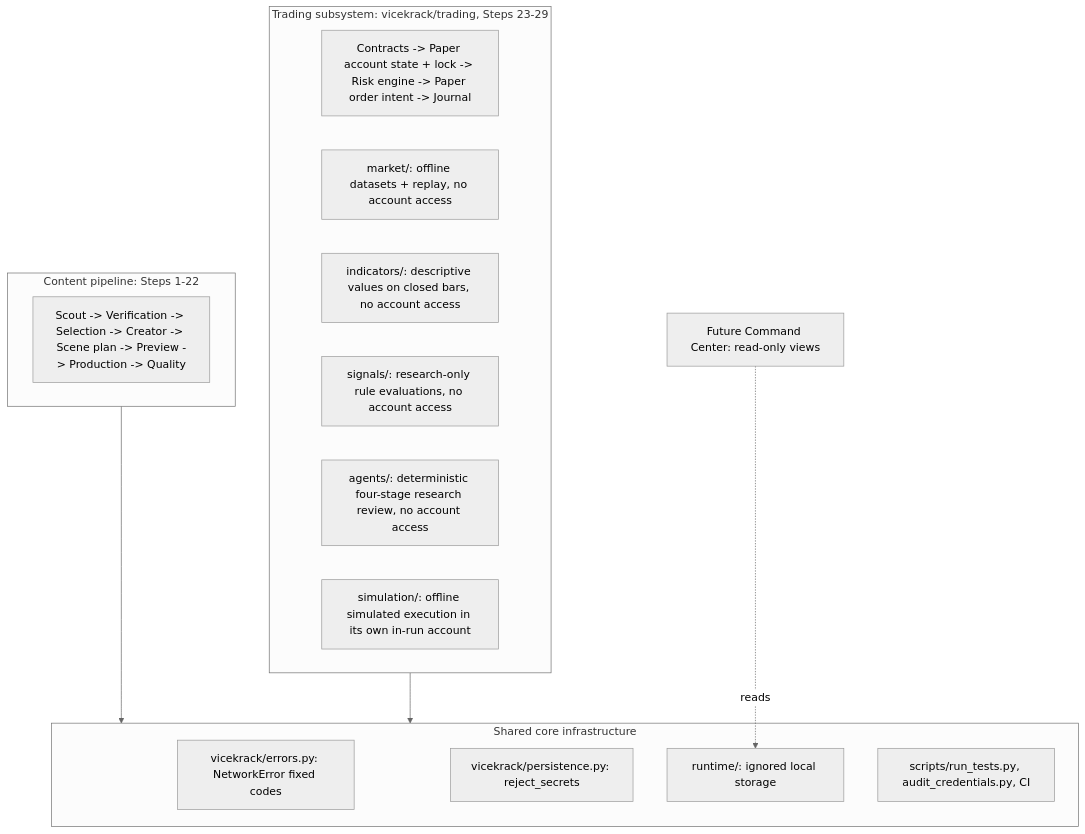
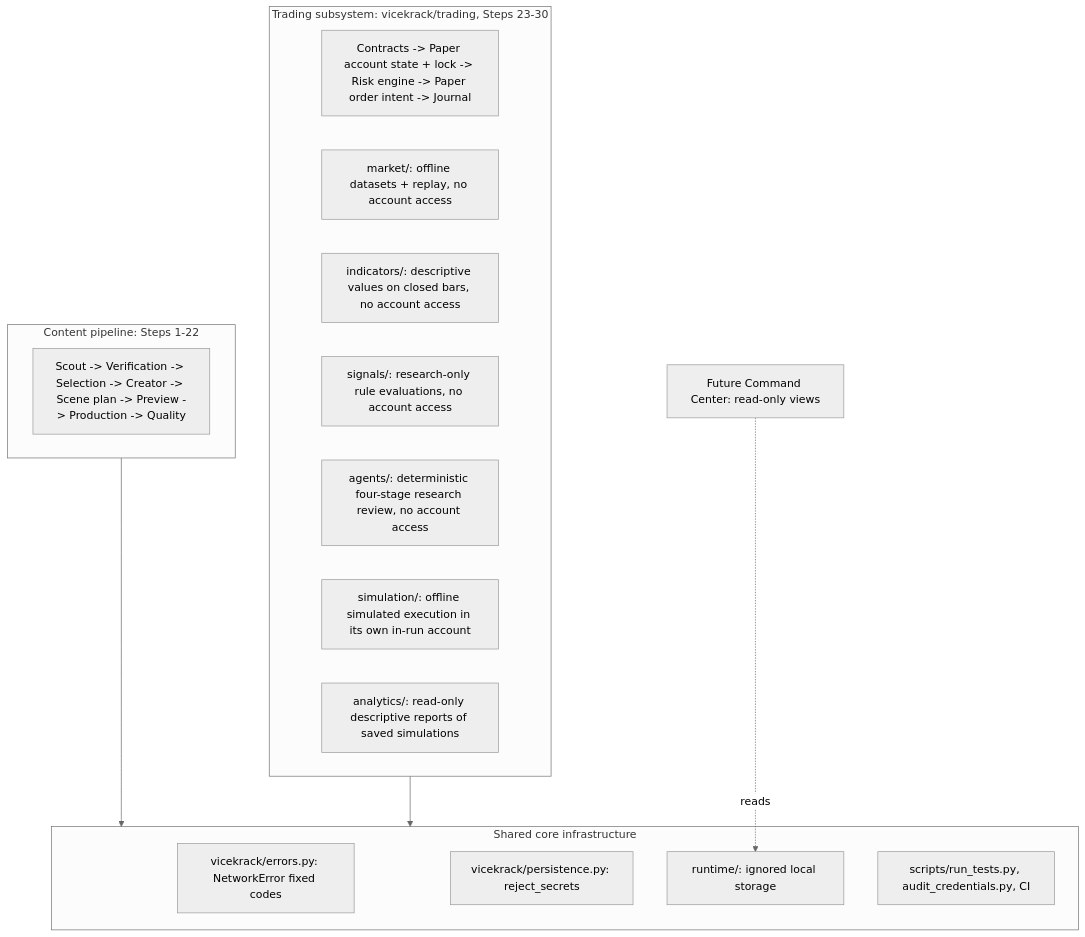
One commit to richburtonjr-pixel/-Vicekrack-agent-network changed the diagram in docs/subsystems.md. Above: the diagram before and after it, drawn with Mermaid (neutral theme). The commit also changed other lines of this file and 15 other files, not shown here.

First line of the commit message:
Step 30: read-only analytics for completed offline simulations

````diff
--- a/docs/subsystems.md
+++ b/docs/subsystems.md
@@ -6,24 +6,25 @@
 ```mermaid
 flowchart TB
     subgraph Core[Shared core infrastructure]
         E[vicekrack/errors.py: NetworkError fixed codes]
         P[vicekrack/persistence.py: reject_secrets]
         R[runtime/: ignored local storage]
         CI[scripts/run_tests.py, audit_credentials.py, CI]
     end
     subgraph Content[Content pipeline: Steps 1-22]
         C1[Scout -> Verification -> Selection -> Creator -> Scene plan -> Preview -> Production -> Quality]
     end
-    subgraph Trading[Trading subsystem: vicekrack/trading, Steps 23-29]
+    subgraph Trading[Trading subsystem: vicekrack/trading, Steps 23-30]
         T1[Contracts -> Paper account state + lock -> Risk engine -> Paper order intent -> Journal]
         T2[market/: offline datasets + replay, no account access]
         T3[indicators/: descriptive values on closed bars, no account access]
         T4[signals/: research-only rule evaluations, no account access]
         T5[agents/: deterministic four-stage research review, no account access]
         T6[simulation/: offline simulated execution in its own in-run account]
+        T7[analytics/: read-only descriptive reports of saved simulations]
     end
     CC[Future Command Center: read-only views]
     Content --> Core
     Trading --> Core
     CC -. reads .-> R
 ```
````
